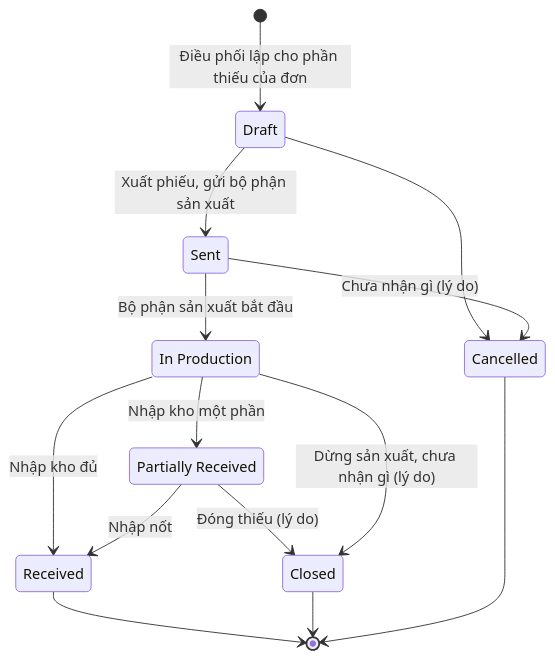
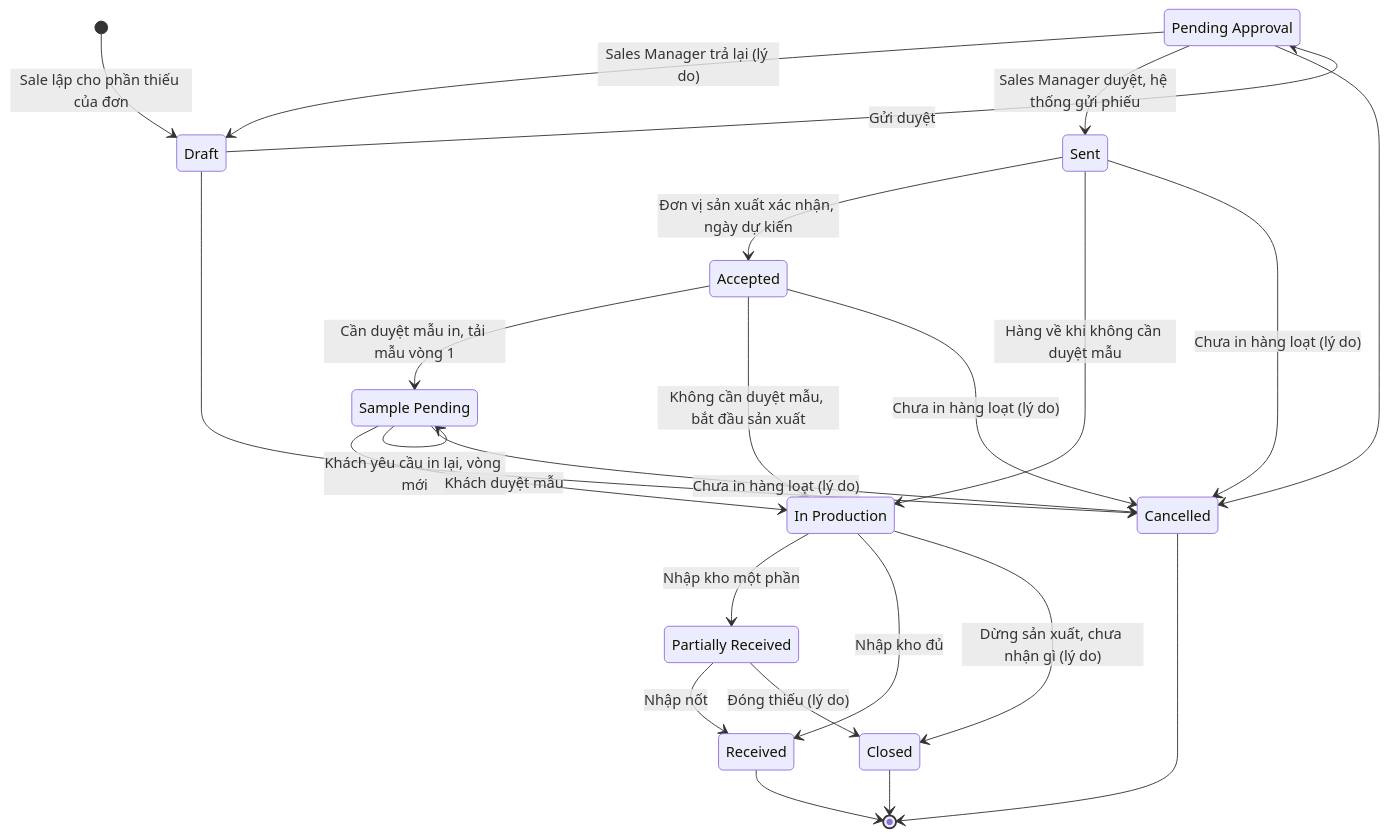
Before and after one commit to KLTN-FA26/docs: the sixth of 14 diagrams in docs/diagrams/README.md, drawn with Mermaid. The commit also changed other lines of this file and 23 other files, not shown here.

````diff
--- a/docs/diagrams/README.md
+++ b/docs/diagrams/README.md
@@ -282,18 +364,31 @@
 ```mermaid
 stateDiagram-v2
+    state "Pending Approval" as PendingApproval
+    state "Sample Pending" as SamplePending
     state "In Production" as InProduction
     state "Partially Received" as PartiallyReceived
-    [*] --> Draft: Điều phối lập cho phần thiếu của đơn
-    Draft --> Sent: Xuất phiếu, gửi bộ phận sản xuất
-    Sent --> InProduction: Bộ phận sản xuất bắt đầu
+
+    [*] --> Draft: Sale lập cho phần thiếu của đơn
+    Draft --> PendingApproval: Gửi duyệt
+    PendingApproval --> Draft: Sales Manager trả lại (lý do)
+    PendingApproval --> Sent: Sales Manager duyệt, hệ thống gửi phiếu
+    Sent --> Accepted: Đơn vị sản xuất xác nhận, ngày dự kiến
+    Accepted --> SamplePending: Cần duyệt mẫu in, tải mẫu vòng 1
+    SamplePending --> SamplePending: Khách yêu cầu in lại, vòng mới
+    SamplePending --> InProduction: Khách duyệt mẫu
+    Accepted --> InProduction: Không cần duyệt mẫu, bắt đầu sản xuất
+    Sent --> InProduction: Hàng về khi không cần duyệt mẫu
     InProduction --> PartiallyReceived: Nhập kho một phần
     InProduction --> Received: Nhập kho đủ
     PartiallyReceived --> Received: Nhập nốt
     PartiallyReceived --> Closed: Đóng thiếu (lý do)
     InProduction --> Closed: Dừng sản xuất, chưa nhận gì (lý do)
     Draft --> Cancelled
-    Sent --> Cancelled: Chưa nhận gì (lý do)
+    PendingApproval --> Cancelled
+    Sent --> Cancelled: Chưa in hàng loạt (lý do)
+    Accepted --> Cancelled: Chưa in hàng loạt (lý do)
+    SamplePending --> Cancelled: Chưa in hàng loạt (lý do)
     Received --> [*]
     Closed --> [*]
     Cancelled --> [*]
 ```
````
